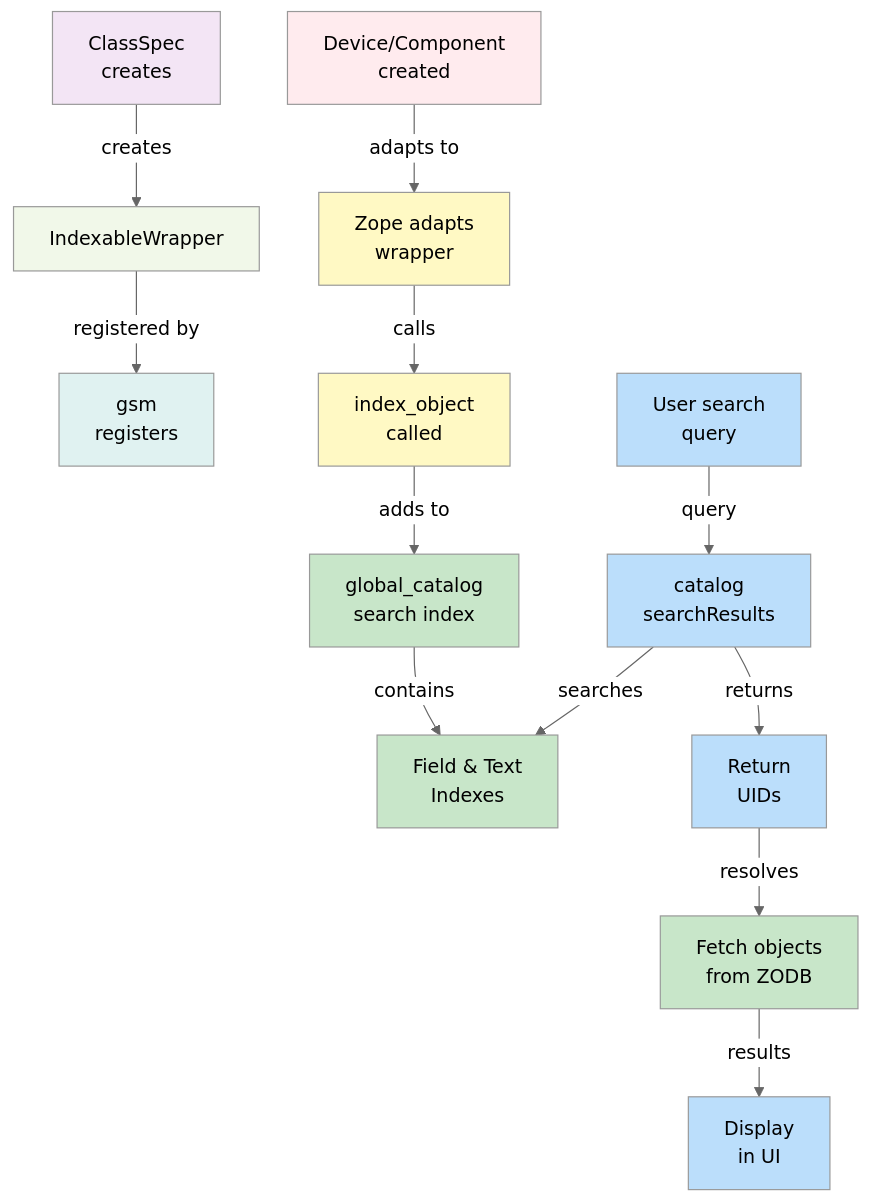
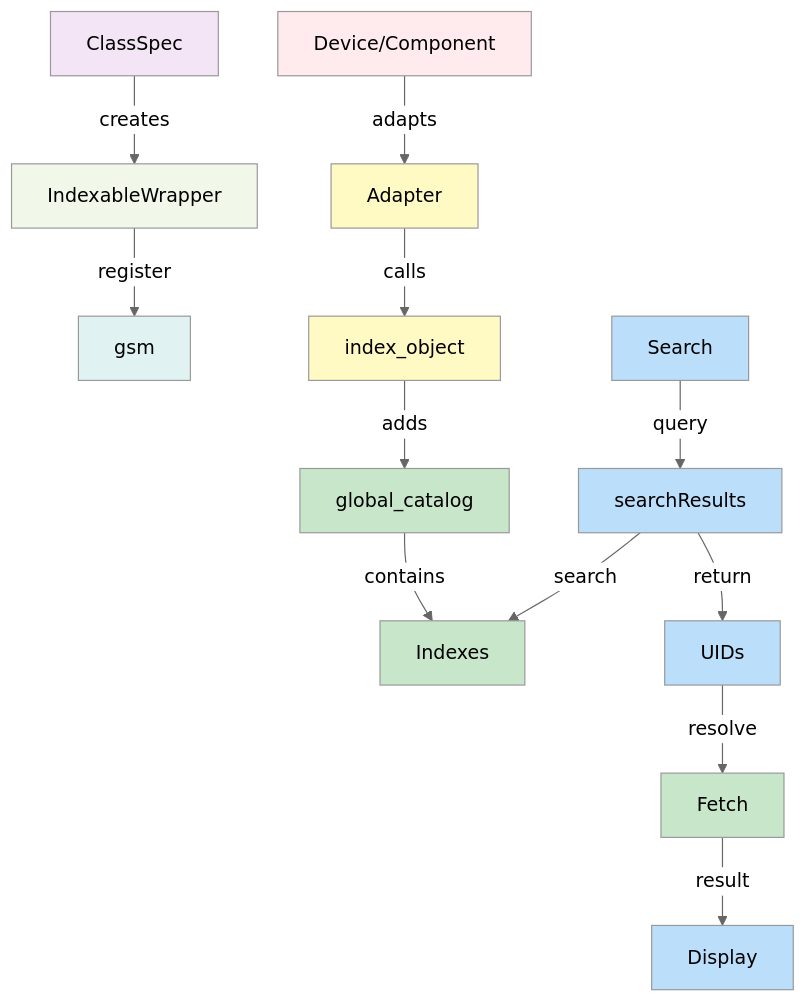
The sixth of 7 diagrams in ARCHITECTURE_AND_REVERSE_ENGINEERING.md (lundybernard/ZenPacks.zenoss.ZenPackLib), drawn with Mermaid (neutral theme) before and after one commit. The commit also changed other lines of this file, not shown here.

Commit message:
Refactor mermaid diagrams for improved clarity and conciseness in architecture documentation

````diff
--- a/ARCHITECTURE_AND_REVERSE_ENGINEERING.md
+++ b/ARCHITECTURE_AND_REVERSE_ENGINEERING.md
@@ -619,42 +585,42 @@
 ```mermaid
 graph TB
-    SPEC["ClassSpec<br/>creates"]
+    SPEC["ClassSpec"]
     WRAPPER["IndexableWrapper"]
-    REGISTRATION["gsm<br/>registers"]
-    INSTANCE["Device/Component<br/>created"]
-    ADAPT["Zope adapts<br/>wrapper"]
-    INDEXING["index_object<br/>called"]
-    CATALOG["global_catalog<br/>search index"]
-    INDEXES["Field & Text<br/>Indexes"]
-    SEARCH["User search<br/>query"]
-    QUERY["catalog<br/>searchResults"]
-    RETRIEVE["Return<br/>UIDs"]
-    FETCH["Fetch objects<br/>from ZODB"]
-    DISPLAY["Display<br/>in UI"]
+    REGISTRATION["gsm"]
+    INSTANCE["Device/Component"]
+    ADAPT["Adapter"]
+    INDEXING["index_object"]
+    CATALOG["global_catalog"]
+    INDEXES["Indexes"]
+    SEARCH["Search"]
+    QUERY["searchResults"]
+    RETRIEVE["UIDs"]
+    FETCH["Fetch"]
+    DISPLAY["Display"]
 
     SPEC -->|creates| WRAPPER
-    WRAPPER -->|registered by| REGISTRATION
-    INSTANCE -->|adapts to| ADAPT
+    WRAPPER -->|register| REGISTRATION
+    INSTANCE -->|adapts| ADAPT
     ADAPT -->|calls| INDEXING
-    INDEXING -->|adds to| CATALOG
+    INDEXING -->|adds| CATALOG
     CATALOG -->|contains| INDEXES
     SEARCH -->|query| QUERY
-    QUERY -->|searches| INDEXES
-    QUERY -->|returns| RETRIEVE
-    RETRIEVE -->|resolves| FETCH
-    FETCH -->|results| DISPLAY
+    QUERY -->|search| INDEXES
+    QUERY -->|return| RETRIEVE
+    RETRIEVE -->|resolve| FETCH
+    FETCH -->|result| DISPLAY
 
     style SPEC fill:#f3e5f5
     style WRAPPER fill:#f1f8e9
     style REGISTRATION fill:#e0f2f1
     style INSTANCE fill:#ffebee
     style ADAPT fill:#fff9c4
     style INDEXING fill:#fff9c4
     style CATALOG fill:#c8e6c9
     style INDEXES fill:#c8e6c9
     style SEARCH fill:#bbdefb
     style QUERY fill:#bbdefb
     style RETRIEVE fill:#bbdefb
     style FETCH fill:#c8e6c9
     style DISPLAY fill:#bbdefb
 ```
````
